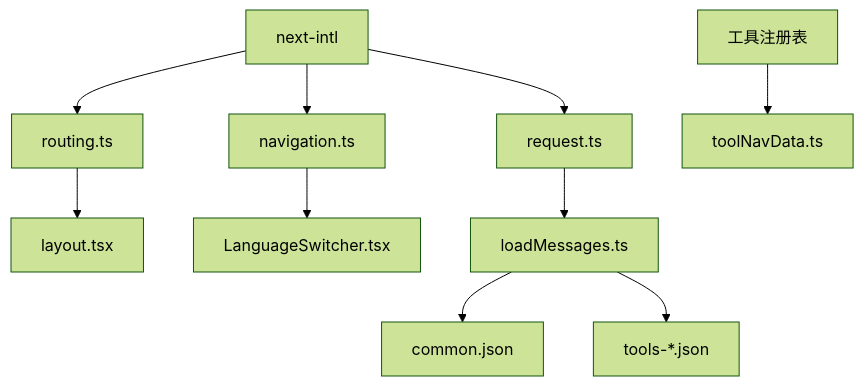
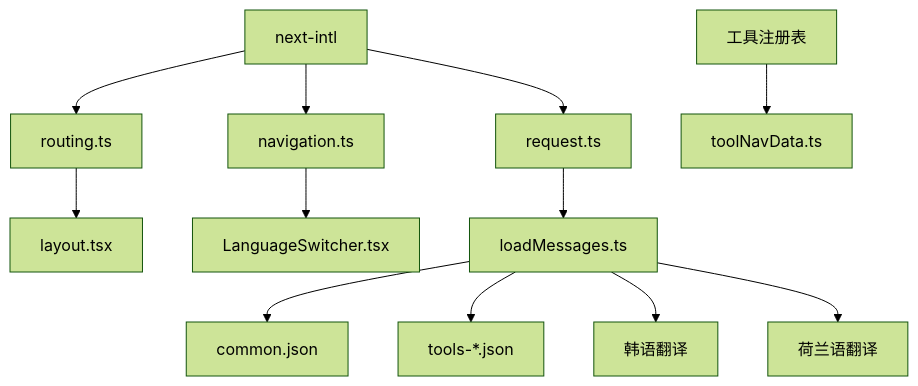
Before and after one commit to sgyy/privadeck: the ninth of 9 diagrams in .qoder/repowiki/zh/content/国际化系统.md, drawn with Mermaid (forest theme). The commit also changed other lines of this file and 2 other files, not shown here.

````diff
--- a/.qoder/repowiki/zh/content/国际化系统.md
+++ b/.qoder/repowiki/zh/content/国际化系统.md
@@ -325,12 +363,14 @@
 ```mermaid
 graph TB
 NEXTINTL["next-intl"] --> ROUTING["routing.ts"]
 NEXTINTL --> NAV["navigation.ts"]
 NEXTINTL --> REQUEST["request.ts"]
 ROUTING --> LAYOUT["layout.tsx"]
 NAV --> SWITCHER["LanguageSwitcher.tsx"]
 REQUEST --> LOAD["loadMessages.ts"]
 LOAD --> COMMON["common.json"]
 LOAD --> TOOLS["tools-*.json"]
+LOAD --> KO["韩语翻译"]
+LOAD --> NL["荷兰语翻译"]
 REGISTRY["工具注册表"] --> TOOLNAV["toolNavData.ts"]
 ```
````
